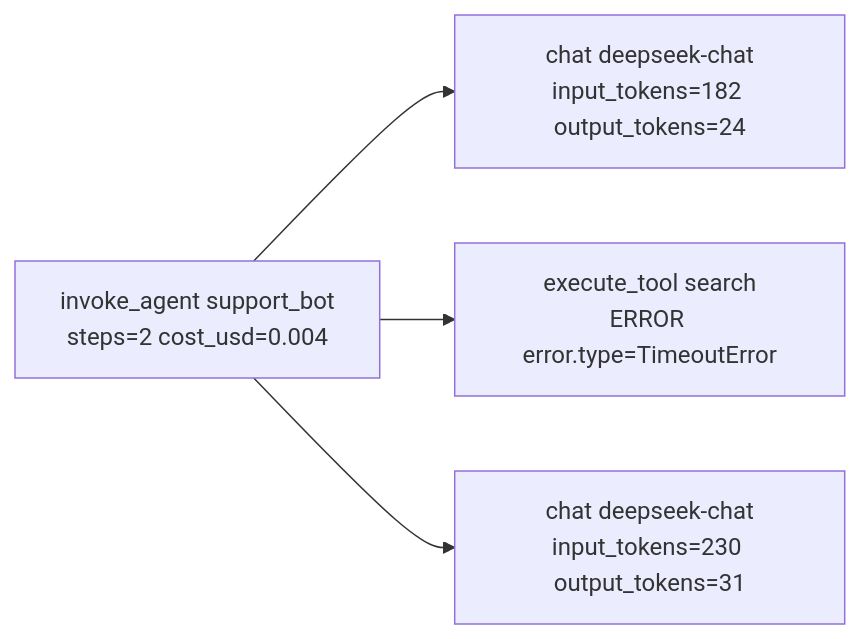
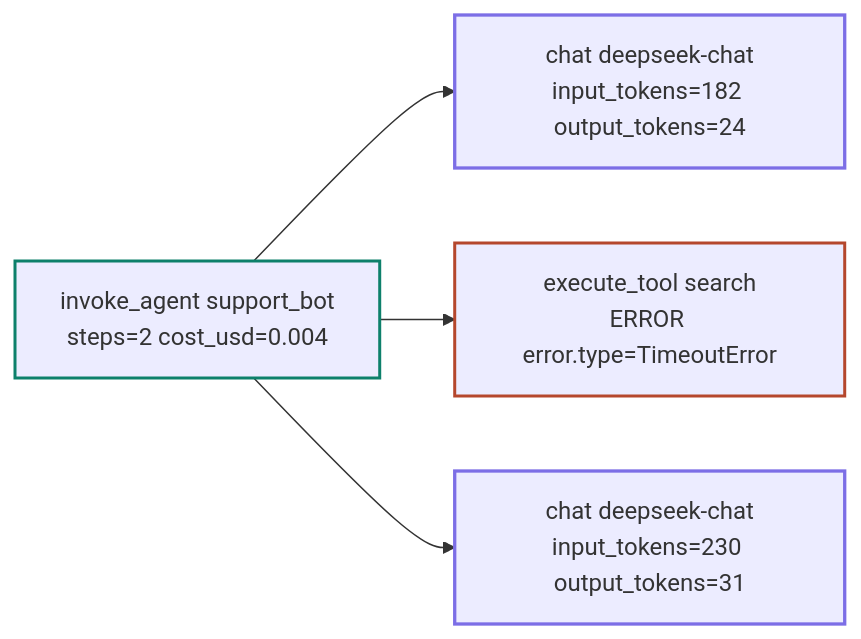
Before and after one commit to lance2016/ai-app-engineering: the diagram in lessons/observability/README.md, drawn with Mermaid. The commit also changed 21 other files, not shown here.

````diff
--- a/lessons/observability/README.md
+++ b/lessons/observability/README.md
@@ -59,6 +59,12 @@
 ```mermaid
 flowchart LR
+    classDef model stroke:#7c6ee6,stroke-width:2.2px
+    classDef runtime stroke:#0d806b,stroke-width:2px
+    classDef risk stroke:#b5472d,stroke-width:2px
     R["invoke_agent support_bot<br/>steps=2 cost_usd=0.004"] --> C1["chat deepseek-chat<br/>input_tokens=182 output_tokens=24"]
     R --> T["execute_tool search<br/>ERROR error.type=TimeoutError"]
     R --> C2["chat deepseek-chat<br/>input_tokens=230 output_tokens=31"]
+    class R runtime
+    class C1,C2 model
+    class T risk
 ```
````
